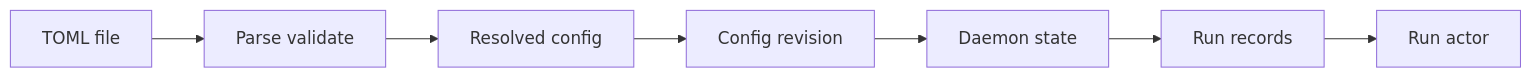
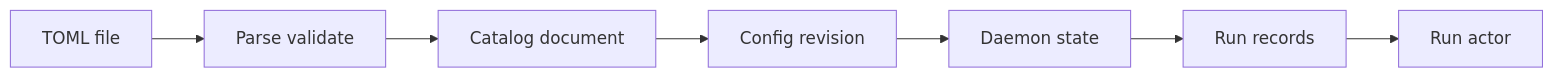
Before and after one commit to y0tsy/intention-relay: the diagram in docs/intention-relay/architecture/09-configuration-security-and-observability.md, drawn with Mermaid. The commit also changed other lines of this file and 9 other files, not shown here.

````diff
--- a/docs/intention-relay/architecture/09-configuration-security-and-observability.md
+++ b/docs/intention-relay/architecture/09-configuration-security-and-observability.md
@@ -23,9 +24,9 @@
 ```mermaid
 flowchart LR
   TF[TOML file] --> PA[Parse validate]
-  PA --> RC[Resolved config]
+  PA --> RC[Catalog document]
   RC --> RV[Config revision]
   RV --> DS[Daemon state]
   DS --> RS[Run records]
   RS --> RT[Run actor]
 ```
````
